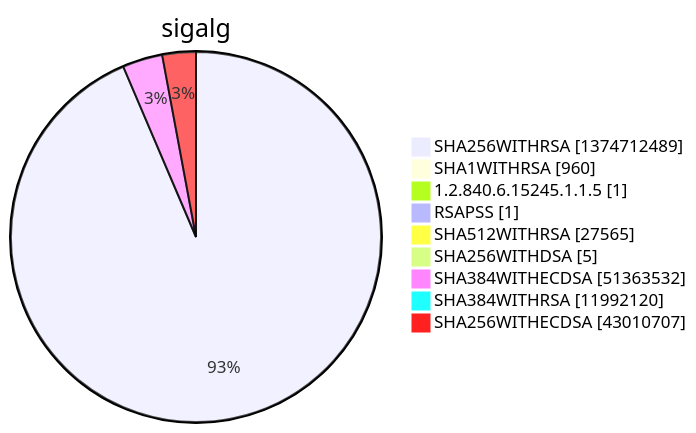
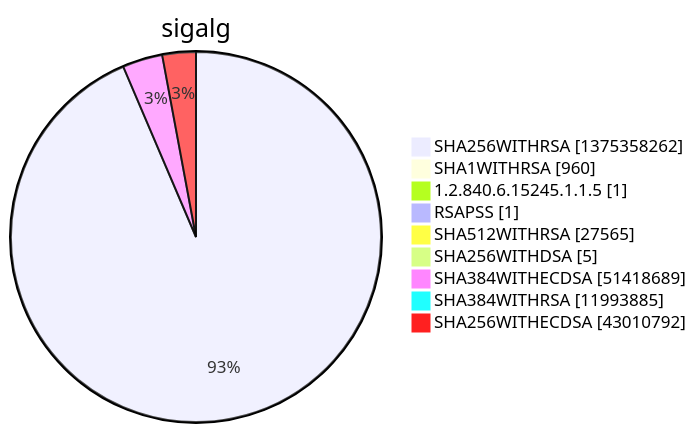
Before and after one commit to christiankrug/ctmonitor_visualization: diagram 15 of 15 in argon2022/README.md, drawn with Mermaid. The commit also changed other lines of this file, not shown here.

````diff
--- a/argon2022/README.md
+++ b/argon2022/README.md
@@ -5524,13 +5524,13 @@
 ```mermaid
 pie showData
 title sigalg
-"SHA256WITHRSA" :1374712489
+"SHA256WITHRSA" :1375358262
 "SHA1WITHRSA" :960
 "1.2.840.6.15245.1.1.5" :1
 "RSAPSS" :1
 "SHA512WITHRSA" :27565
 "SHA256WITHDSA" :5
-"SHA384WITHECDSA" :51363532
-"SHA384WITHRSA" :11992120
-"SHA256WITHECDSA" :43010707
+"SHA384WITHECDSA" :51418689
+"SHA384WITHRSA" :11993885
+"SHA256WITHECDSA" :43010792
 ```
````
